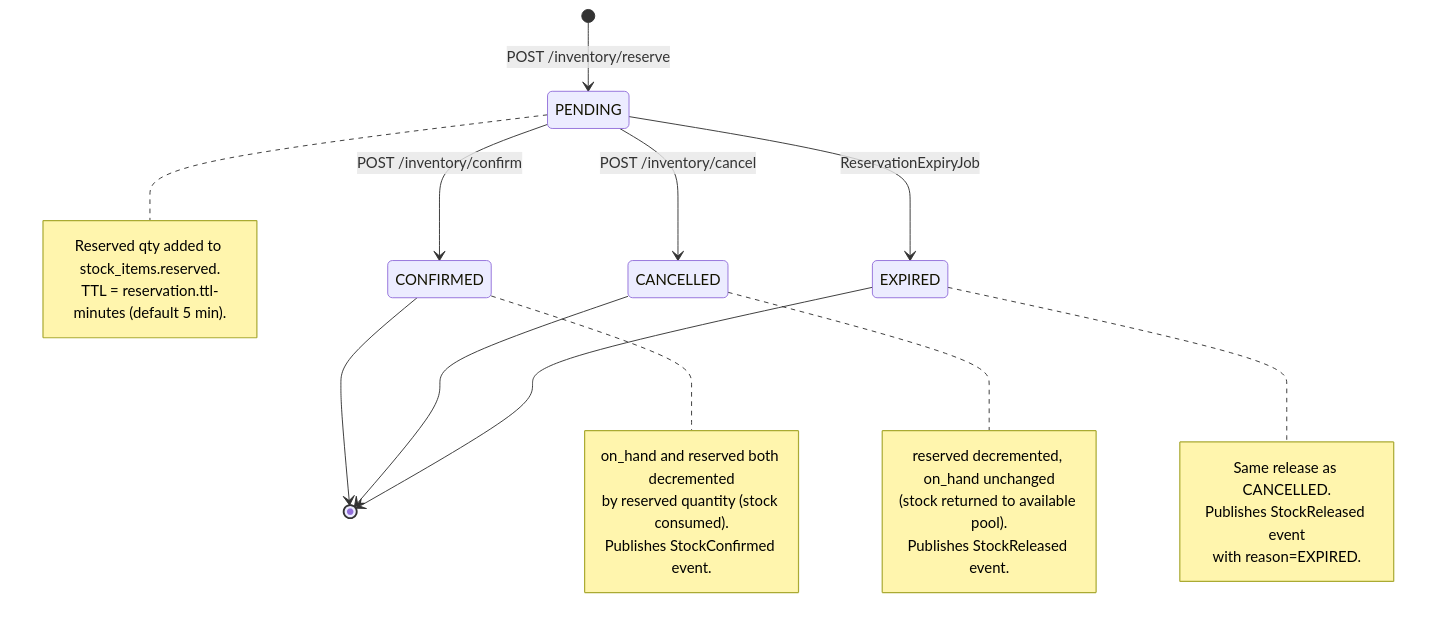
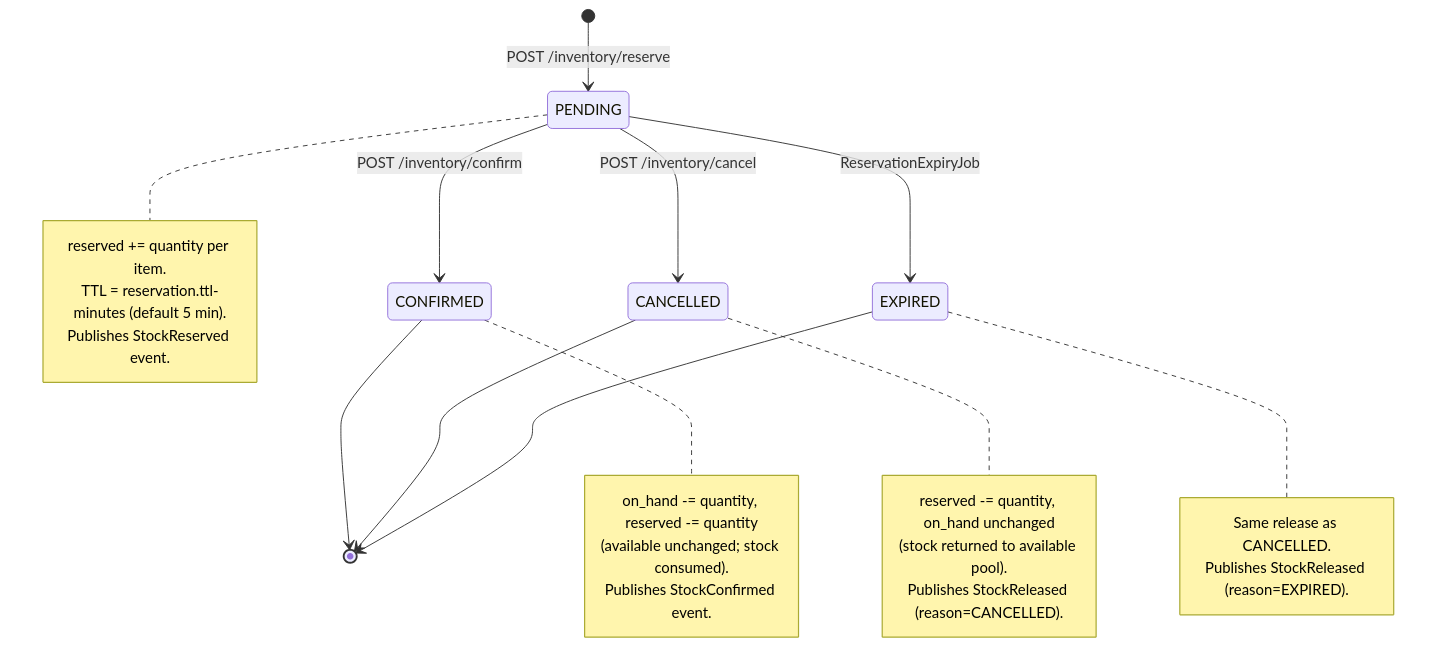
The third of 8 diagrams in services/inventory-service/README.md (sunitakeazycommerz-a11y/InstaCommerce), drawn with Mermaid before and after one commit. The commit also changed other lines of this file and 554 other files, not shown here.

````diff
--- a/services/inventory-service/README.md
+++ b/services/inventory-service/README.md
@@ -72,34 +207,34 @@
 ```mermaid
 stateDiagram-v2
     [*] --> PENDING : POST /inventory/reserve
     PENDING --> CONFIRMED : POST /inventory/confirm
     PENDING --> CANCELLED : POST /inventory/cancel
     PENDING --> EXPIRED : ReservationExpiryJob
 
     CONFIRMED --> [*]
     CANCELLED --> [*]
     EXPIRED --> [*]
 
     note right of PENDING
-        Reserved qty added to stock_items.reserved.
+        reserved += quantity per item.
         TTL = reservation.ttl-minutes (default 5 min).
+        Publishes StockReserved event.
     end note
 
     note right of CONFIRMED
-        on_hand and reserved both decremented
-        by reserved quantity (stock consumed).
+        on_hand -= quantity, reserved -= quantity
+        (available unchanged; stock consumed).
         Publishes StockConfirmed event.
     end note
 
     note right of CANCELLED
-        reserved decremented, on_hand unchanged
+        reserved -= quantity, on_hand unchanged
         (stock returned to available pool).
-        Publishes StockReleased event.
+        Publishes StockReleased (reason=CANCELLED).
     end note
 
     note right of EXPIRED
         Same release as CANCELLED.
-        Publishes StockReleased event
-        with reason=EXPIRED.
+        Publishes StockReleased (reason=EXPIRED).
     end note
 ```
````
